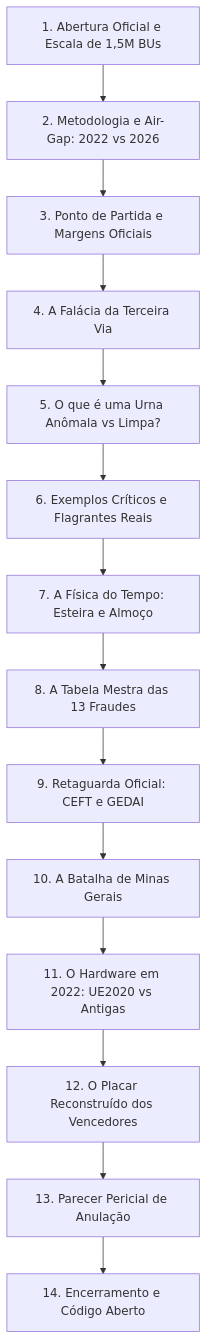
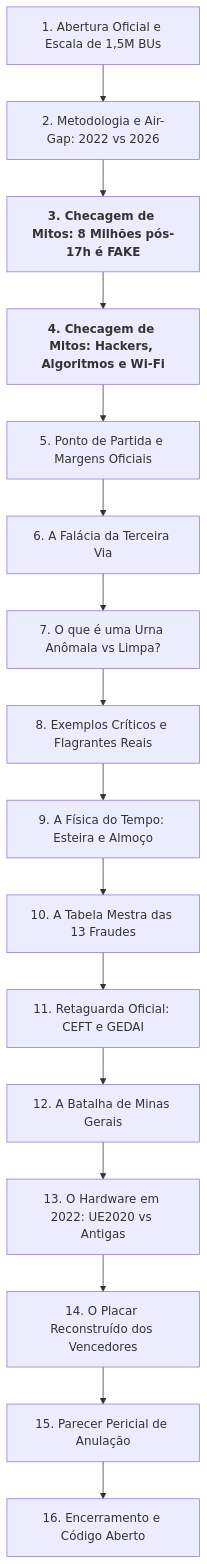
One commit to dilneiss/analise-forense-100-anomalias-eleicoes-2026-brasil changed the diagram in APRESENTACAO_DOSSIE_PERICIAL_ELEICOES.md. Above: the diagram before and after it, drawn with Mermaid. The commit also changed other lines of this file and 2 other files, not shown here.

Commit message:
feat(mitos): adicionar slides 3 e 4 desmontando mitos da internet (8M apos 17h fake, hackers, satelites e algoritmos) com dados exatos de biometria e votos

````diff
--- a/APRESENTACAO_DOSSIE_PERICIAL_ELEICOES.md
+++ b/APRESENTACAO_DOSSIE_PERICIAL_ELEICOES.md
@@ -10,16 +10,18 @@
 ```mermaid
 flowchart TD
     C1[1. Abertura Oficial e Escala de 1,5M BUs] --> C2[2. Metodologia e Air-Gap: 2022 vs 2026]
-    C2 --> C3[3. Ponto de Partida e Margens Oficiais]
-    C3 --> C4[4. A Falácia da Terceira Via]
-    C4 --> C5[5. O que é uma Urna Anômala vs Limpa?]
-    C5 --> C6[6. Exemplos Críticos e Flagrantes Reais]
-    C6 --> C7[7. A Física do Tempo: Esteira e Almoço]
-    C7 --> C8[8. A Tabela Mestra das 13 Fraudes]
-    C8 --> C9[9. Retaguarda Oficial: CEFT e GEDAI]
-    C9 --> C10[10. A Batalha de Minas Gerais]
-    C10 --> C11[11. O Hardware em 2022: UE2020 vs Antigas]
-    C11 --> C12[12. O Placar Reconstruído dos Vencedores]
-    C12 --> C13[13. Parecer Pericial de Anulação]
-    C13 --> C14[14. Encerramento e Código Aberto]
+    C2 --> C3[<b>3. Checagem de Mitos: 8 Milhões pós-17h é FAKE</b>]
+    C3 --> C4[<b>4. Checagem de Mitos: Hackers, Algoritmos e Wi-Fi</b>]
+    C4 --> C5[5. Ponto de Partida e Margens Oficiais]
+    C5 --> C6[6. A Falácia da Terceira Via]
+    C6 --> C7[7. O que é uma Urna Anômala vs Limpa?]
+    C7 --> C8[8. Exemplos Críticos e Flagrantes Reais]
+    C8 --> C9[9. A Física do Tempo: Esteira e Almoço]
+    C9 --> C10[10. A Tabela Mestra das 13 Fraudes]
+    C10 --> C11[11. Retaguarda Oficial: CEFT e GEDAI]
+    C11 --> C12[12. A Batalha de Minas Gerais]
+    C12 --> C13[13. O Hardware em 2022: UE2020 vs Antigas]
+    C13 --> C14[14. O Placar Reconstruído dos Vencedores]
+    C14 --> C15[15. Parecer Pericial de Anulação]
+    C15 --> C16[16. Encerramento e Código Aberto]
 ```
````
